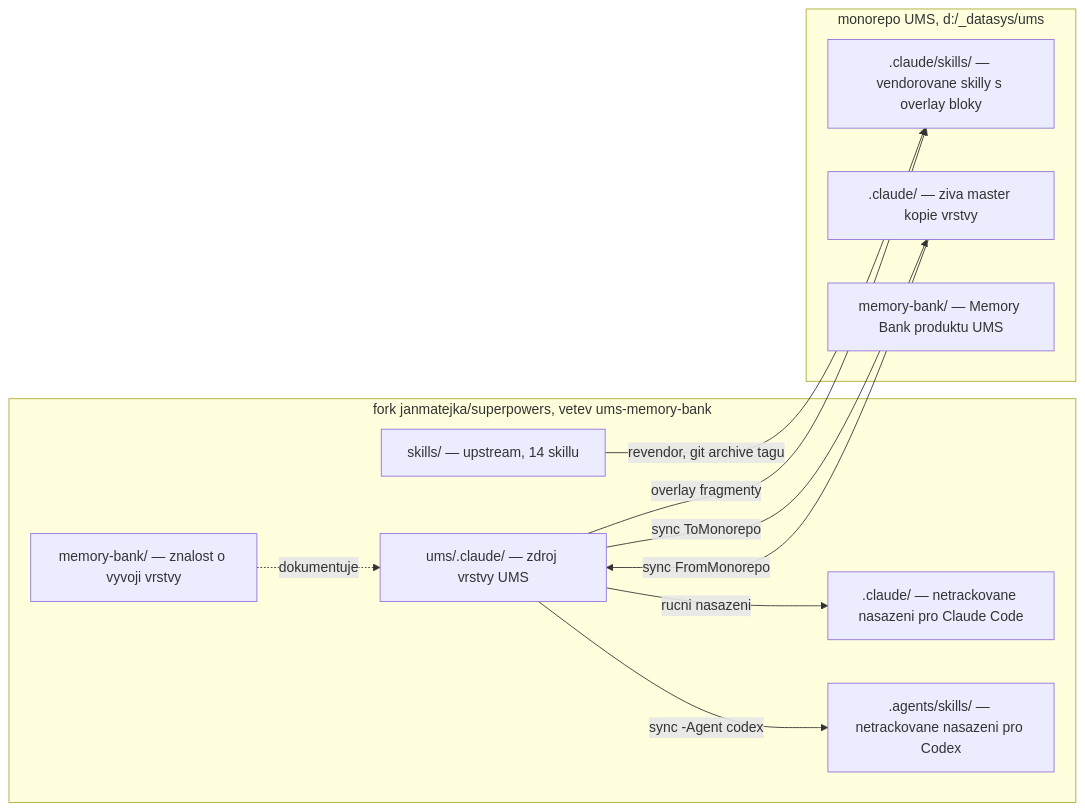
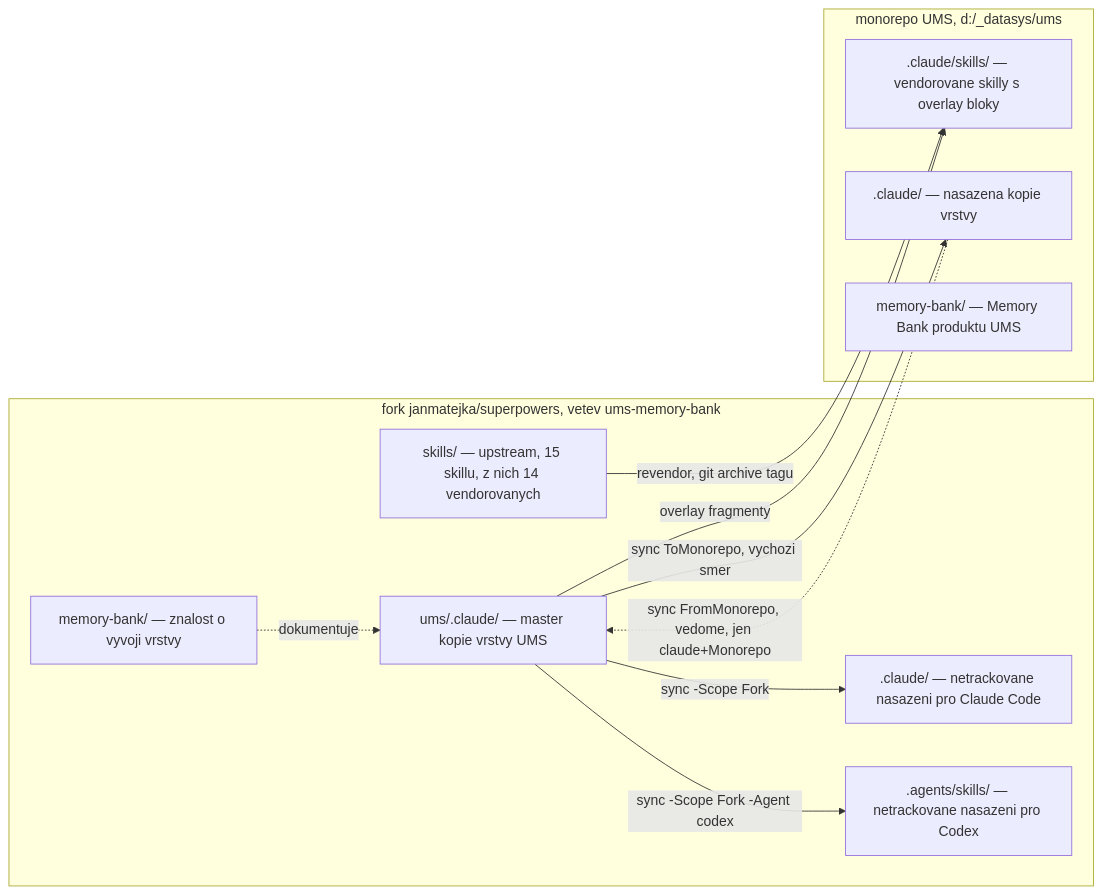
One commit to janmatejka/superpowers changed the first of 5 diagrams in memory-bank/architecture.md. Above: the diagram before and after it, drawn with Mermaid. The commit also changed other lines of this file and 7 other files, not shown here.

````diff
--- a/memory-bank/architecture.md
+++ b/memory-bank/architecture.md
@@ -24,22 +24,22 @@
 ```mermaid
 flowchart LR
     subgraph fork["fork janmatejka/superpowers, vetev ums-memory-bank"]
-        SK["skills/ — upstream, 14 skillu"]
-        UMS["ums/.claude/ — zdroj vrstvy UMS"]
+        SK["skills/ — upstream, 15 skillu, z nich 14 vendorovanych"]
+        UMS["ums/.claude/ — master kopie vrstvy UMS"]
         MB["memory-bank/ — znalost o vyvoji vrstvy"]
         DEP1[".claude/ — netrackovane nasazeni pro Claude Code"]
         DEP2[".agents/skills/ — netrackovane nasazeni pro Codex"]
     end
     subgraph mono["monorepo UMS, d:/_datasys/ums"]
         MSK[".claude/skills/ — vendorovane skilly s overlay bloky"]
-        MUMS[".claude/ — ziva master kopie vrstvy"]
+        MUMS[".claude/ — nasazena kopie vrstvy"]
         MMB["memory-bank/ — Memory Bank produktu UMS"]
     end
     SK -->|revendor, git archive tagu| MSK
     UMS -->|overlay fragmenty| MSK
-    MUMS -->|sync FromMonorepo| UMS
-    UMS -->|sync ToMonorepo| MUMS
-    UMS -->|rucni nasazeni| DEP1
-    UMS -->|sync -Agent codex| DEP2
+    UMS -->|sync ToMonorepo, vychozi smer| MUMS
+    MUMS -.->|sync FromMonorepo, vedome, jen claude+Monorepo| UMS
+    UMS -->|sync -Scope Fork| DEP1
+    UMS -->|sync -Scope Fork -Agent codex| DEP2
     MB -.->|dokumentuje| UMS
 ```
````
